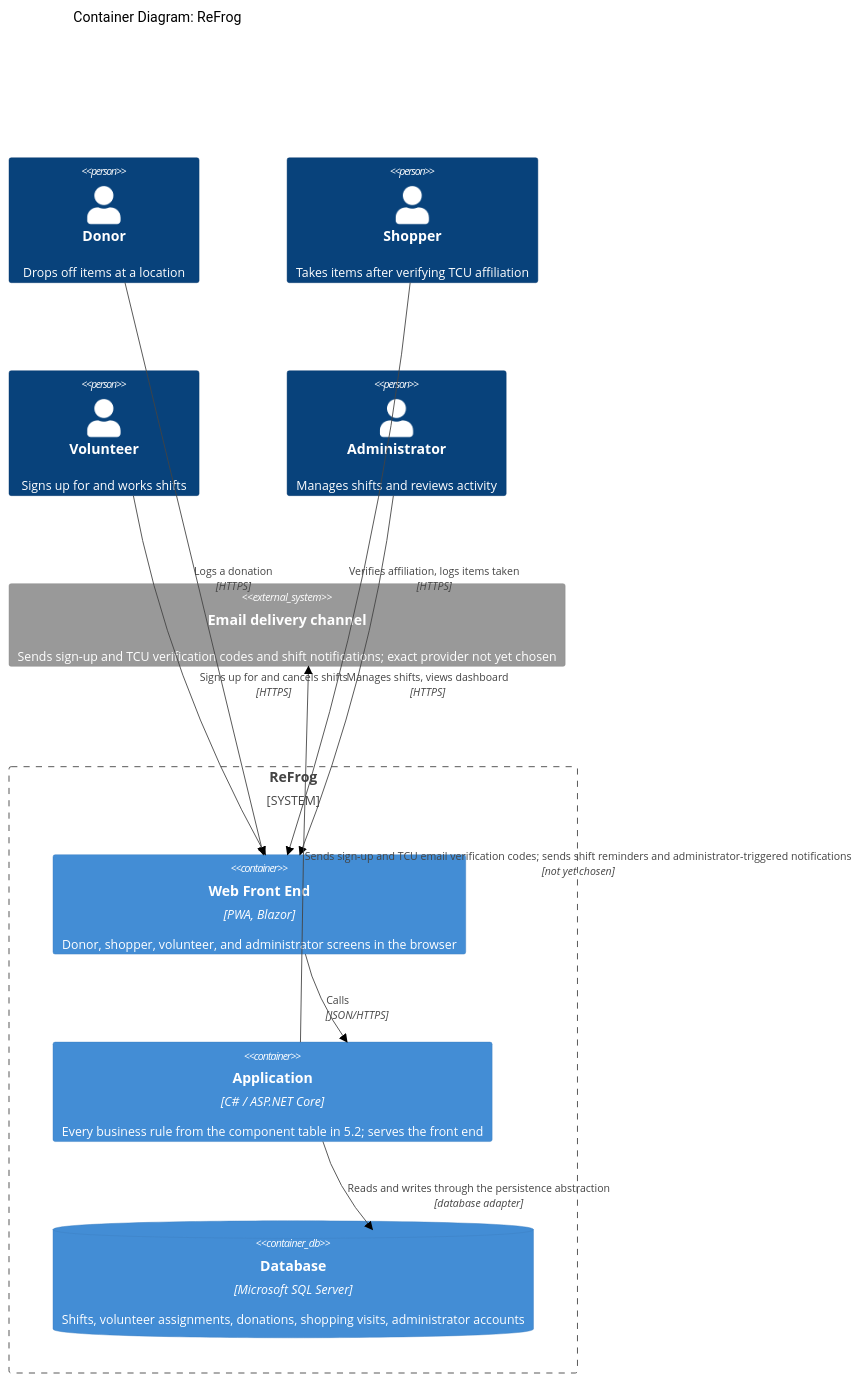
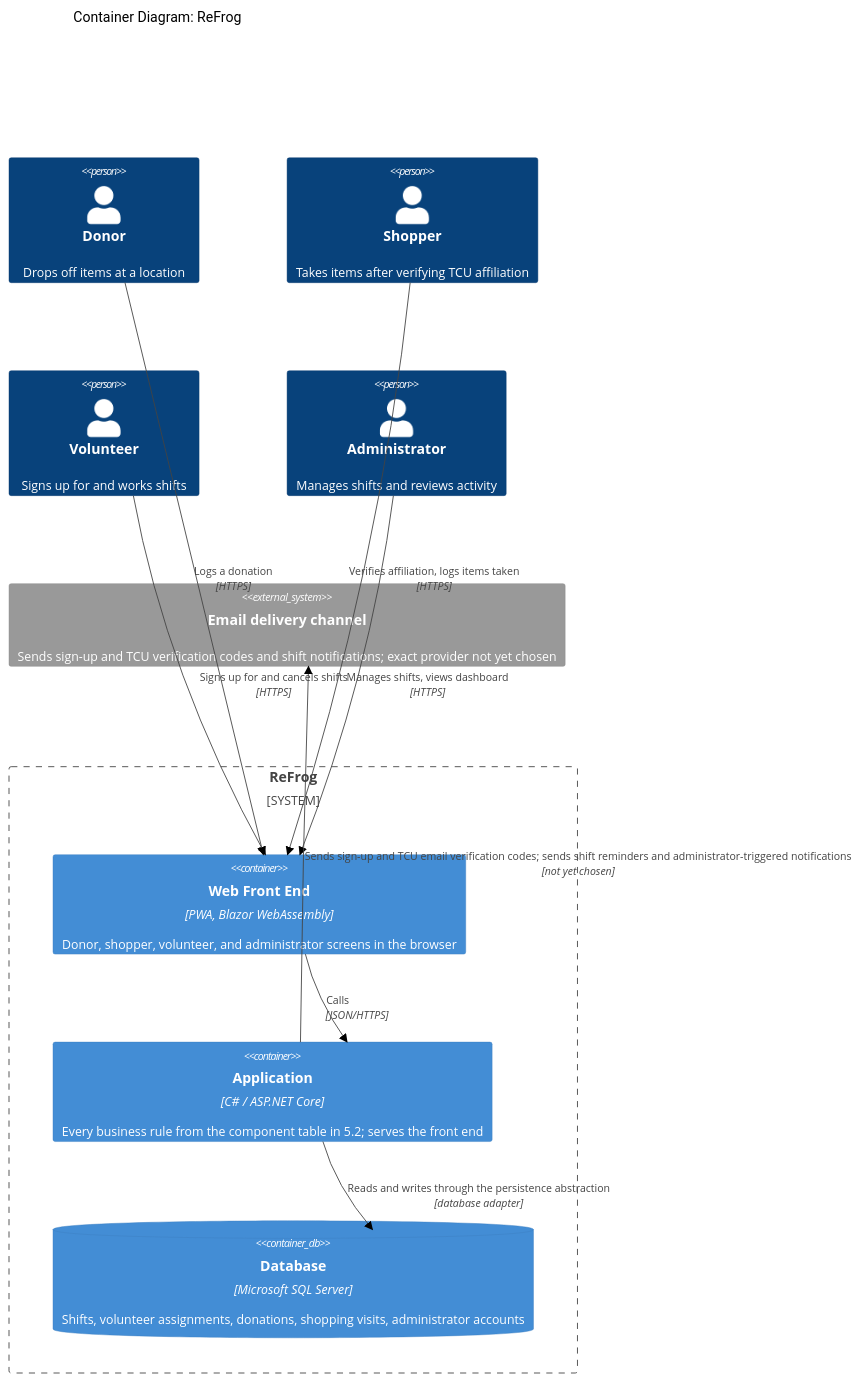
One commit to evelyntrann/cosc-40943-team-3-refrog changed the third of 3 diagrams in docs/design/architectural-design.md. Above: the diagram before and after it, drawn with Mermaid (forest theme). The commit also changed other lines of this file and 2 other files, not shown here.

````diff
--- a/docs/design/architectural-design.md
+++ b/docs/design/architectural-design.md
@@ -210,25 +211,25 @@
 ```mermaid
 C4Container
     title Container Diagram: ReFrog
 
     Person(donor, "Donor", "Drops off items at a location")
     Person(shopper, "Shopper", "Takes items after verifying TCU affiliation")
     Person(volunteer, "Volunteer", "Signs up for and works shifts")
     Person(admin, "Administrator", "Manages shifts and reviews activity")
 
     System_Boundary(refrog, "ReFrog") {
-        Container(web, "Web Front End", "PWA, Blazor", "Donor, shopper, volunteer, and administrator screens in the browser")
+        Container(web, "Web Front End", "PWA, Blazor WebAssembly", "Donor, shopper, volunteer, and administrator screens in the browser")
         Container(app, "Application", "C# / ASP.NET Core", "Every business rule from the component table in 5.2; serves the front end")
         ContainerDb(db, "Database", "Microsoft SQL Server", "Shifts, volunteer assignments, donations, shopping visits, administrator accounts")
     }
 
     System_Ext(notify, "Email delivery channel", "Sends sign-up and TCU verification codes and shift notifications; exact provider not yet chosen")
 
     Rel(donor, web, "Logs a donation", "HTTPS")
     Rel(shopper, web, "Verifies affiliation, logs items taken", "HTTPS")
     Rel(volunteer, web, "Signs up for and cancels shifts", "HTTPS")
     Rel(admin, web, "Manages shifts, views dashboard", "HTTPS")
     Rel(web, app, "Calls", "JSON/HTTPS")
     Rel(app, db, "Reads and writes through the persistence abstraction", "database adapter")
     Rel(app, notify, "Sends sign-up and TCU email verification codes; sends shift reminders and administrator-triggered notifications", "not yet chosen")
 ```
````
